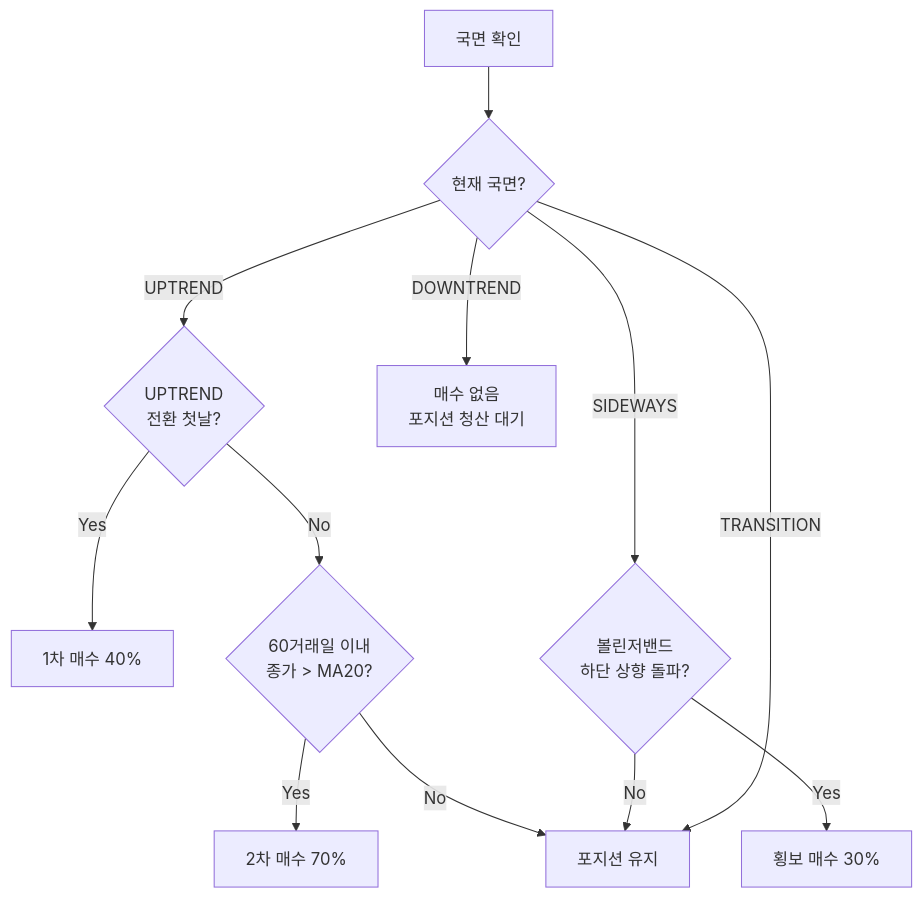
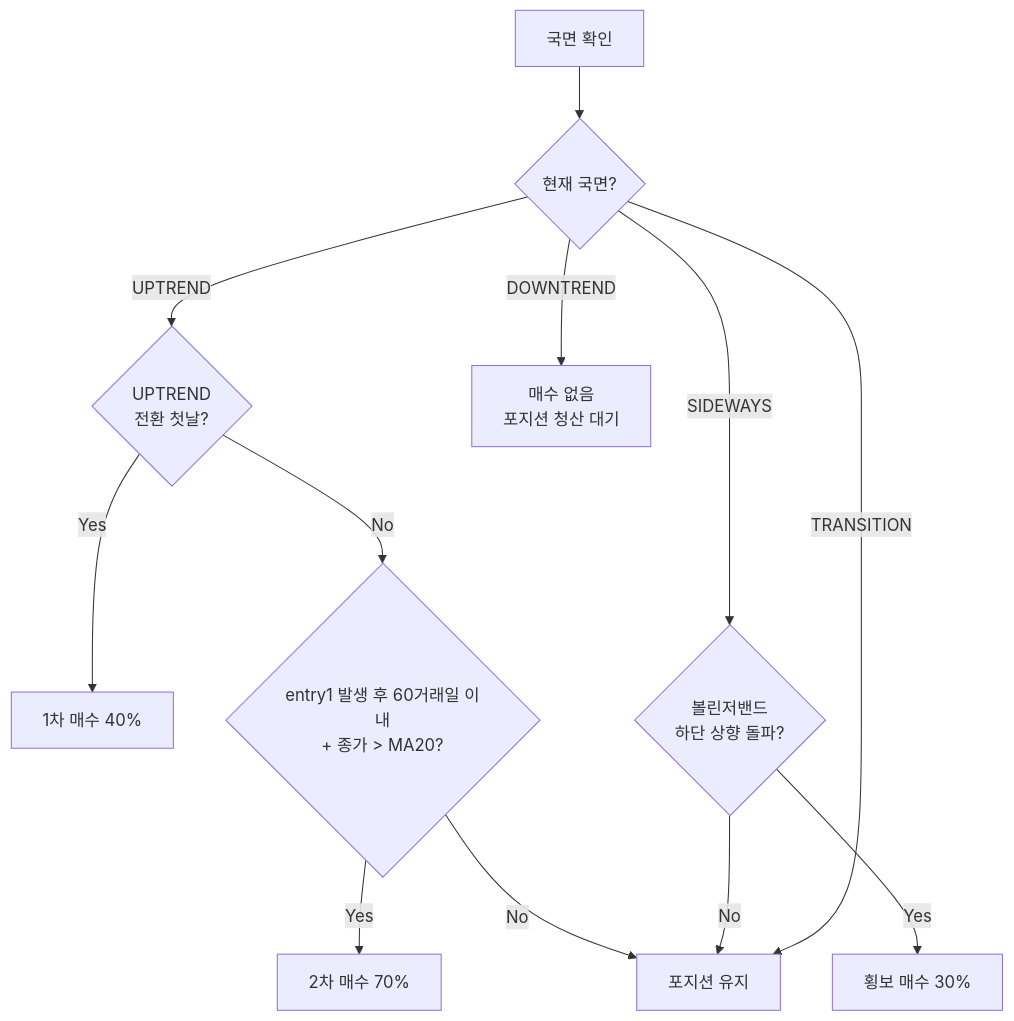
One commit to techshin31/test_stock changed the second of 5 diagrams in analysis/analysis_good593/study_vectorbt/obsidian/투자성향/위험중립형_전략.md. Above: the diagram before and after it, drawn with Mermaid. The commit also changed other lines of this file and 10 other files, not shown here.

````diff
--- a/analysis/analysis_good593/study_vectorbt/obsidian/투자성향/위험중립형_전략.md
+++ b/analysis/analysis_good593/study_vectorbt/obsidian/투자성향/위험중립형_전략.md
@@ -118,17 +118,17 @@
 ```mermaid
 flowchart TD
     A[국면 확인] --> B{현재 국면?}
 
     B -->|UPTREND| C{UPTREND\n전환 첫날?}
     C -->|Yes| D[1차 매수 40%]
-    C -->|No| E{60거래일 이내\n종가 > MA20?}
+    C -->|No| E{entry1 발생 후 60거래일 이내\n+ 종가 > MA20?}
     E -->|Yes| F[2차 매수 70%]
     E -->|No| G[포지션 유지]
 
     B -->|SIDEWAYS| H{볼린저밴드\n하단 상향 돌파?}
     H -->|Yes| I[횡보 매수 30%]
     H -->|No| G
 
     B -->|DOWNTREND| J[매수 없음\n포지션 청산 대기]
     B -->|TRANSITION| G
 ```
````
